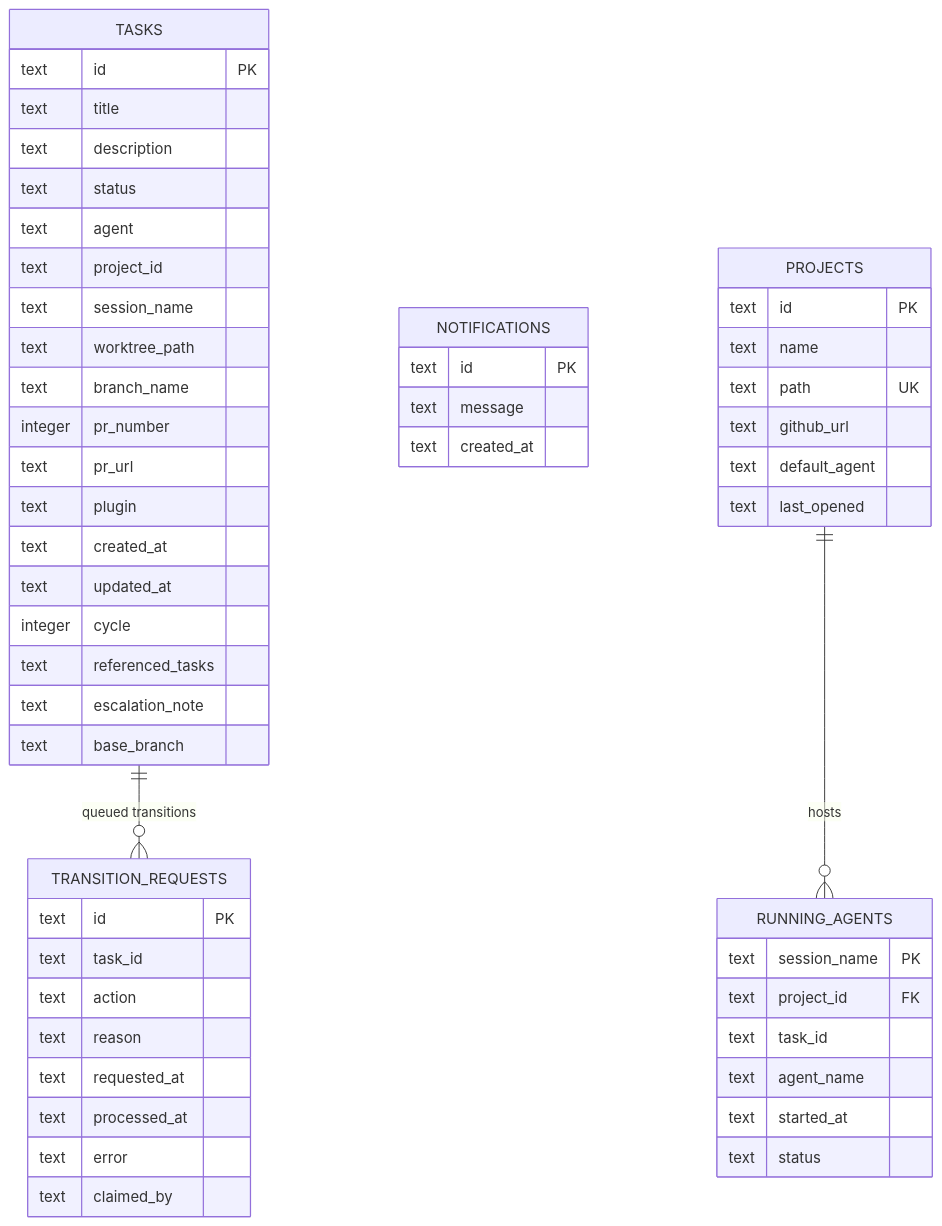
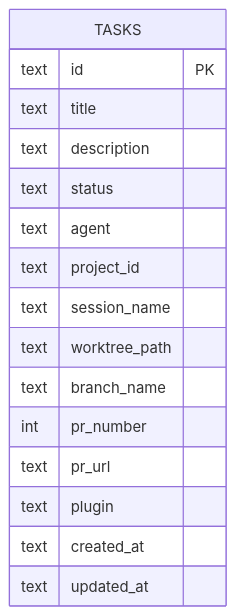
One commit to bramburn/agtx changed the third of 8 diagrams in .qoder/repowiki/en/content/Database Schema.md. Above: the diagram before and after it, drawn with Mermaid. The commit also changed other lines of this file and 140 other files, not shown here.

````diff
--- a/.qoder/repowiki/en/content/Database Schema.md
+++ b/.qoder/repowiki/en/content/Database Schema.md
@@ -195,56 +114,19 @@
 ```mermaid
 erDiagram
 TASKS {
 text id PK
 text title
 text description
 text status
 text agent
 text project_id
 text session_name
 text worktree_path
 text branch_name
-integer pr_number
+int pr_number
 text pr_url
 text plugin
 text created_at
 text updated_at
-integer cycle
-text referenced_tasks
-text escalation_note
-text base_branch
 }
-TRANSITION_REQUESTS {
-text id PK
-text task_id
-text action
-text reason
-text requested_at
-text processed_at
-text error
-text claimed_by
-}
-NOTIFICATIONS {
-text id PK
-text message
-text created_at
-}
-PROJECTS {
-text id PK
-text name
-text path UK
-text github_url
-text default_agent
-text last_opened
-}
-RUNNING_AGENTS {
-text session_name PK
-text project_id FK
-text task_id
-text agent_name
-text started_at
-text status
-}
-TASKS ||--o{ TRANSITION_REQUESTS : "queued transitions"
-PROJECTS ||--o{ RUNNING_AGENTS : "hosts"
 ```
````
